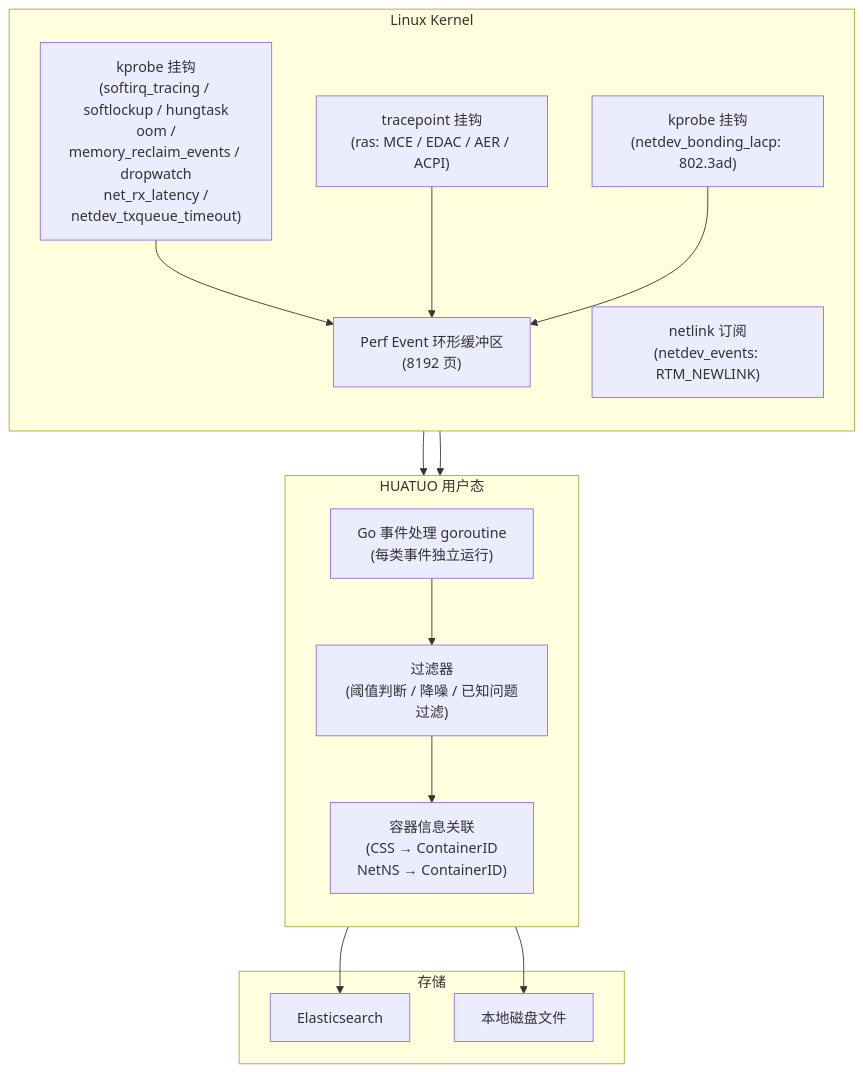
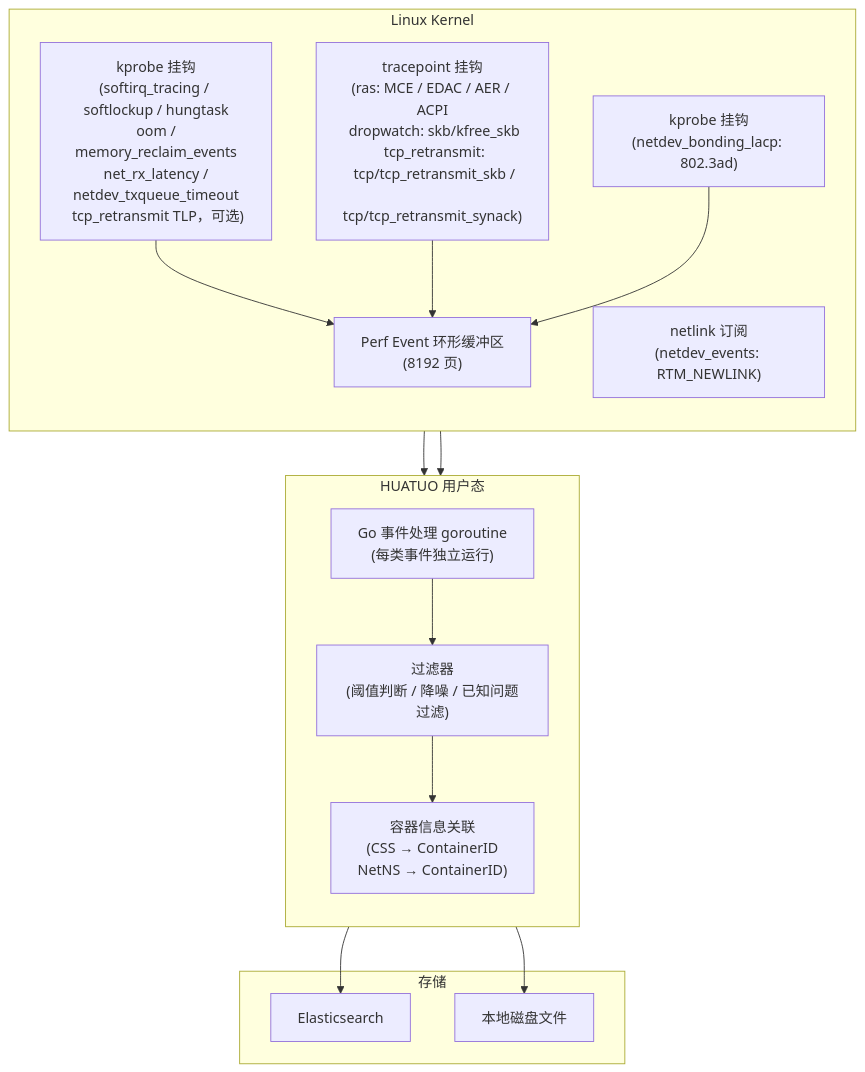
One commit to ccfos/huatuo changed the first of 2 diagrams in docs/key-feature/instant-observability_zh.md. Above: the diagram before and after it, drawn with Mermaid. The commit also changed other lines of this file and 8 other files, not shown here.

First line of the commit message:
feat(docs): document TCP retransmit tracing

````diff
--- a/docs/key-feature/instant-observability_zh.md
+++ b/docs/key-feature/instant-observability_zh.md
@@ -499,33 +514,33 @@
 ```mermaid
 graph TB
     subgraph "Linux Kernel"
         direction TB
-        K1["kprobe 挂钩\n(softirq_tracing / softlockup / hungtask\n oom / memory_reclaim_events / dropwatch\n net_rx_latency / netdev_txqueue_timeout)"]
-        K2["tracepoint 挂钩\n(ras: MCE / EDAC / AER / ACPI)"]
+        K1["kprobe 挂钩\n(softirq_tracing / softlockup / hungtask\n oom / memory_reclaim_events\n net_rx_latency / netdev_txqueue_timeout\n tcp_retransmit TLP，可选)"]
+        K2["tracepoint 挂钩\n(ras: MCE / EDAC / AER / ACPI\n dropwatch: skb/kfree_skb\n tcp_retransmit:\n tcp/tcp_retransmit_skb /\n tcp/tcp_retransmit_synack)"]
         K3["netlink 订阅\n(netdev_events: RTM_NEWLINK)"]
         K4["kprobe 挂钩\n(netdev_bonding_lacp: 802.3ad)"]
         PEB["Perf Event 环形缓冲区\n(8192 页)"]
     end
 
     subgraph "HUATUO 用户态"
         direction TB
         EH["Go 事件处理 goroutine\n(每类事件独立运行)"]
         CF["过滤器\n(阈值判断 / 降噪 / 已知问题过滤)"]
         CM["容器信息关联\n(CSS → ContainerID\n NetNS → ContainerID)"]
     end
 
     subgraph "存储"
         ES["Elasticsearch"]
         DISK["本地磁盘文件"]
     end
 
     K1 --> PEB
     K2 --> PEB
     K4 --> PEB
     PEB --> EH
     K3 --> EH
     EH --> CF
     CF --> CM
     CM --> ES
     CM --> DISK
 ```
````
